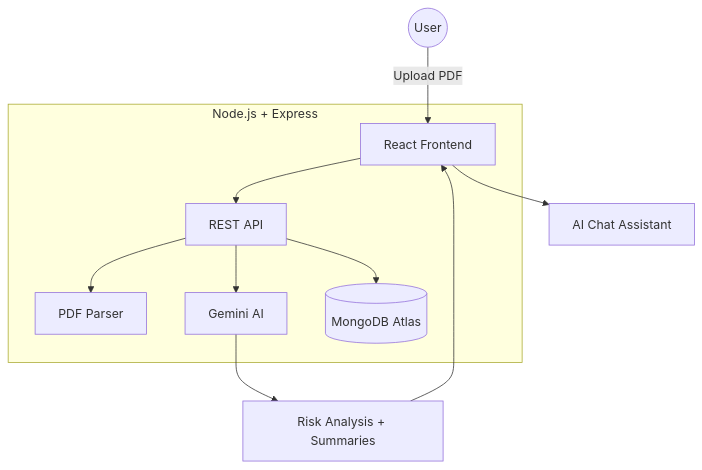
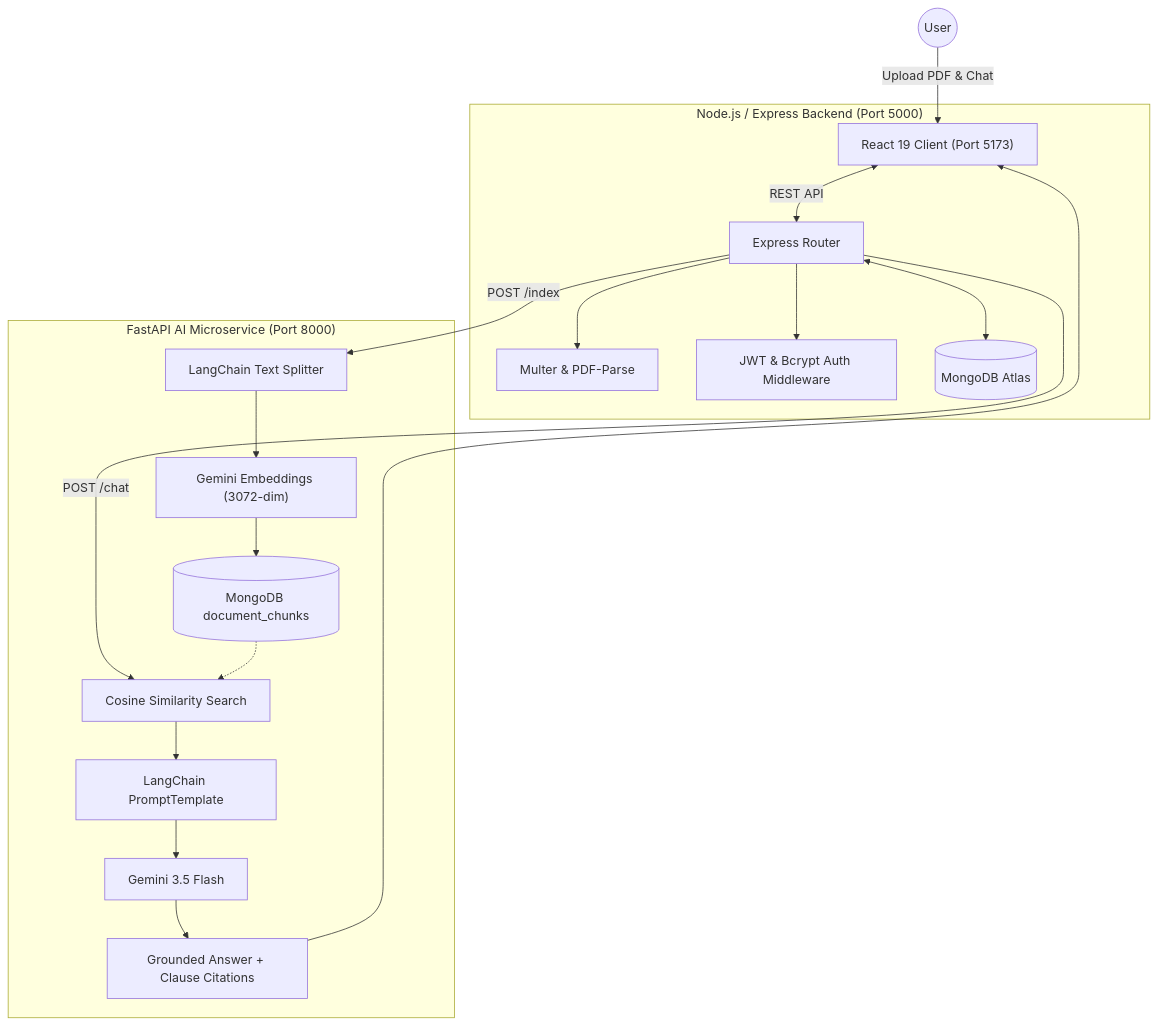
One commit to nehalikareddy/Clarix changed the diagram in README.md. Above: the diagram before and after it, drawn with Mermaid. The commit also changed other lines of this file and 14 other files, not shown here.

Commit message:
feat: implement FastAPI LangChain RAG microservice with Gemini embeddings, pure cosine search, citation UI, and updated documentation

````diff
--- a/README.md
+++ b/README.md
@@ -49,17 +53,25 @@
 ```mermaid
-graph TD
+flowchart TD
+    User((User)) -->|Upload PDF & Chat| Frontend["React 19 Client (Port 5173)"]
 
-    User((User)) -->|Upload PDF| Frontend[React Frontend]
-
-    subgraph Backend["Node.js + Express"]
-        Frontend --> API[REST API]
-        API --> Parser[PDF Parser]
-        API --> AI[Gemini AI]
-        API --> DB[(MongoDB Atlas)]
+    subgraph BackendGateway ["Node.js / Express Backend (Port 5000)"]
+        Frontend <-->|REST API| ExpressAPI[Express Router]
+        ExpressAPI --> MulterParser["Multer & PDF-Parse"]
+        ExpressAPI --> Auth["JWT & Bcrypt Auth Middleware"]
+        ExpressAPI <--> MongoMain[(MongoDB Atlas)]
     end
 
-    AI --> Analysis[Risk Analysis + Summaries]
-    Analysis --> Frontend
+    subgraph RAGMicroservice ["FastAPI AI Microservice (Port 8000)"]
+        ExpressAPI -->|POST /index| Indexer["LangChain Text Splitter"]
+        Indexer --> Embedder["Gemini Embeddings (3072-dim)"]
+        Embedder --> MongoVectors[("MongoDB document_chunks")]
 
-    Frontend --> Chat[AI Chat Assistant]
+        ExpressAPI -->|POST /chat| Retriever["Cosine Similarity Search"]
+        MongoVectors -.-> Retriever
+        Retriever --> PromptChain["LangChain PromptTemplate"]
+        PromptChain --> GeminiLLM["Gemini 3.5 Flash"]
+        GeminiLLM --> CitedReply["Grounded Answer + Clause Citations"]
+    end
+
+    CitedReply --> Frontend
 ```
````
